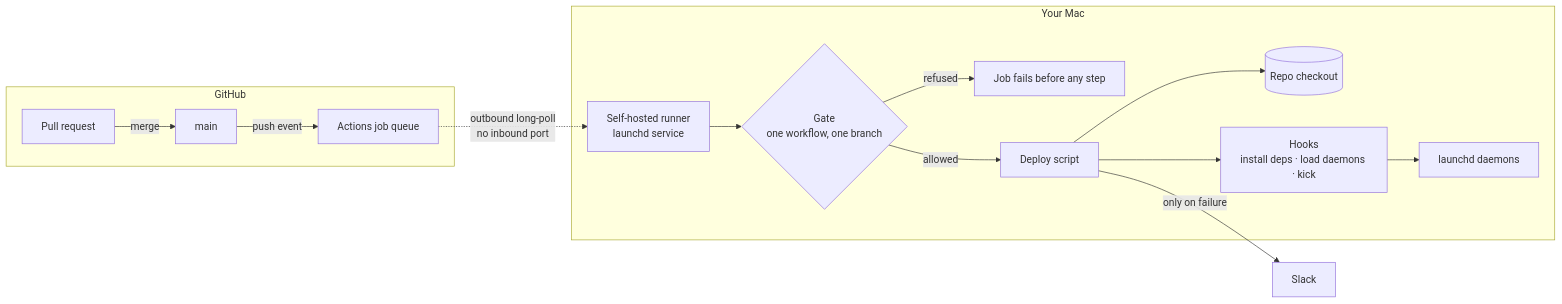
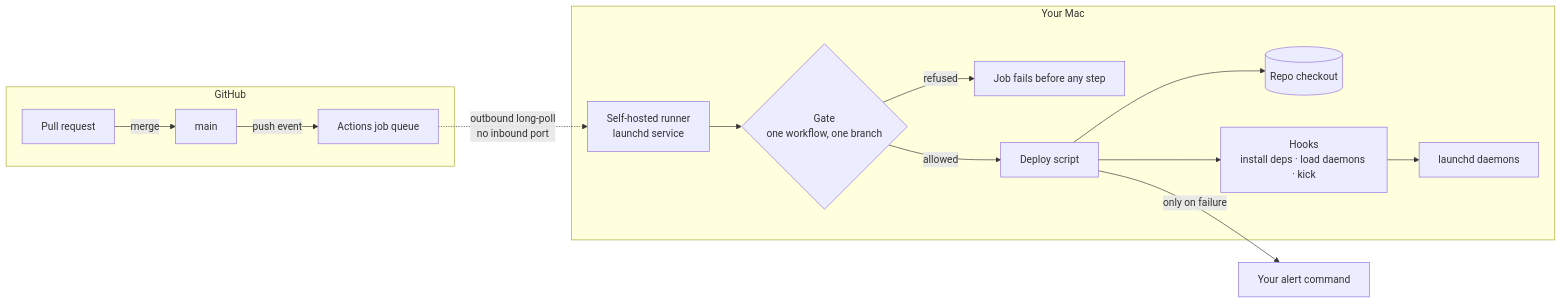
One commit to oficiallyAkshay/gangplank changed the first of 2 diagrams in README.md. Above: the diagram before and after it, drawn with Mermaid. The commit also changed other lines of this file and 1 other file, not shown here.

Commit message:
Alerting is a command you name, not Slack

````diff
--- a/README.md
+++ b/README.md
@@ -31,17 +31,17 @@
 ```mermaid
 flowchart LR
   subgraph GH[GitHub]
     PR[Pull request] -->|merge| M[main]
     M -->|push event| Q[Actions job queue]
   end
   subgraph MAC[Your Mac]
     R[Self-hosted runner<br/>launchd service] --> G{Gate<br/>one workflow, one branch}
     G -->|refused| X[Job fails before any step]
     G -->|allowed| D[Deploy script]
     D --> C[(Repo checkout)]
     D --> H[Hooks<br/>install deps · load daemons · kick]
     H --> S[launchd daemons]
   end
   Q -.->|outbound long-poll<br/>no inbound port| R
-  D -->|only on failure| SL[Slack]
+  D -->|only on failure| SL[Your alert command]
 ```
````
